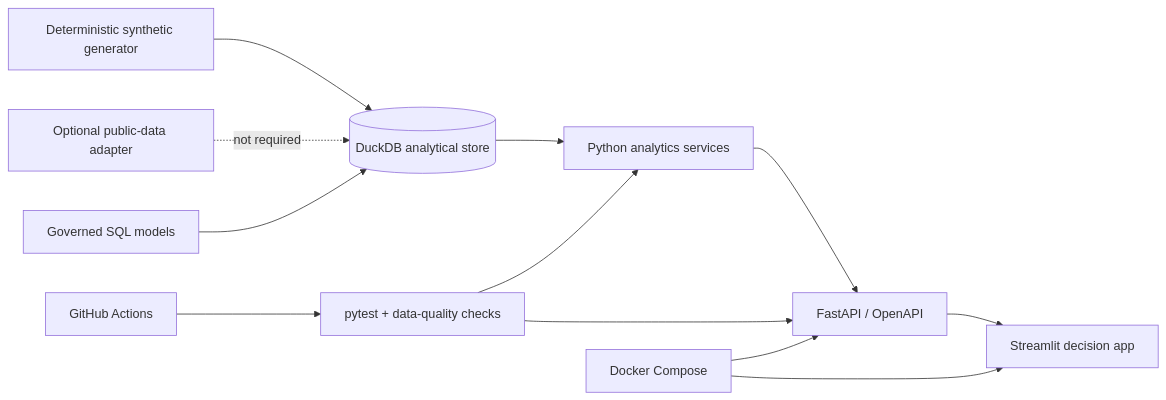
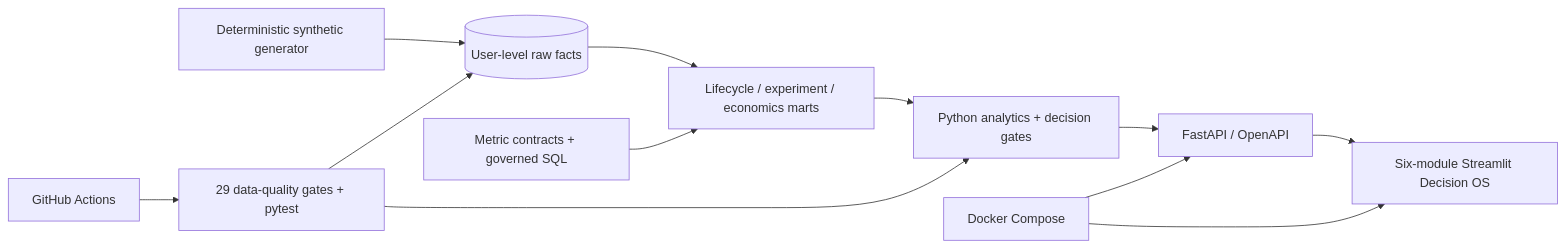
One commit to liu-XI71/growthlab-user-growth-analytics changed the diagram in README.md. Above: the diagram before and after it, drawn with Mermaid. The commit also changed other lines of this file and 54 other files, not shown here.

First line of the commit message:
Build Quality-Adjusted Growth Decision OS (#1)

````diff
--- a/README.md
+++ b/README.md
@@ -41,14 +54,14 @@
 ```mermaid
 flowchart LR
-    G["Deterministic synthetic generator"] --> D[("DuckDB analytical store")]
-    P["Optional public-data adapter"] -. "not required" .-> D
-    S["Governed SQL models"] --> D
-    D --> A["Python analytics services"]
+    G["Deterministic synthetic generator"] --> R[("User-level raw facts")]
+    R --> M["Lifecycle / experiment / economics marts"]
+    S["Metric contracts + governed SQL"] --> M
+    M --> A["Python analytics + decision gates"]
     A --> F["FastAPI / OpenAPI"]
-    F --> U["Streamlit decision app"]
-    T["pytest + data-quality checks"] --> A
-    T --> F
-    C["GitHub Actions"] --> T
+    F --> U["Six-module Streamlit Decision OS"]
+    Q["29 data-quality gates + pytest"] --> R
+    Q --> A
+    C["GitHub Actions"] --> Q
     X["Docker Compose"] --> F
     X --> U
 ```
````
